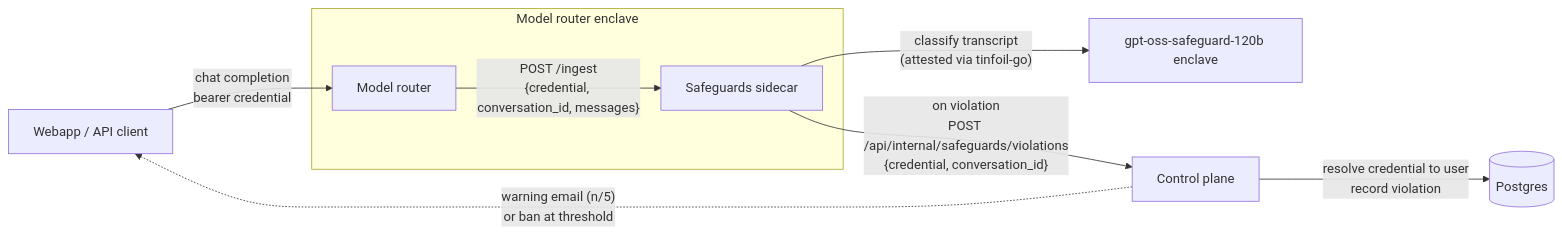
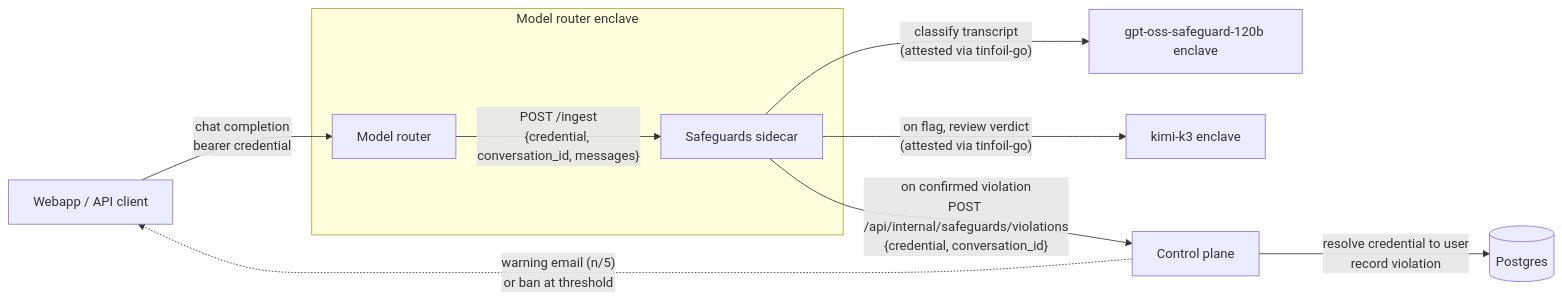
One commit to tinfoilsh/confidential-safeguards changed the diagram in README.md. Above: the diagram before and after it, drawn with Mermaid. The commit also changed other lines of this file and 9 other files, not shown here.

First line of the commit message:
Add kimi-k3 second-pass review of classifier flags (#5)

````diff
--- a/README.md
+++ b/README.md
@@ -14,20 +14,22 @@
 ```mermaid
 flowchart LR
     Webapp["Webapp / API client"]
 
     subgraph RouterEnclave["Model router enclave"]
         Router["Model router"]
         Sidecar["Safeguards sidecar"]
     end
 
     Guard["gpt-oss-safeguard-120b enclave"]
+    Reviewer["kimi-k3 enclave"]
     ControlPlane["Control plane"]
     DB[("Postgres")]
 
     Webapp -->|"chat completion<br/>bearer credential"| Router
     Router -->|"POST /ingest<br/>{credential, conversation_id, messages}"| Sidecar
     Sidecar -->|"classify transcript<br/>(attested via tinfoil-go)"| Guard
-    Sidecar -->|"on violation<br/>POST /api/internal/safeguards/violations<br/>{credential, conversation_id}"| ControlPlane
+    Sidecar -->|"on flag, review verdict<br/>(attested via tinfoil-go)"| Reviewer
+    Sidecar -->|"on confirmed violation<br/>POST /api/internal/safeguards/violations<br/>{credential, conversation_id}"| ControlPlane
     ControlPlane -->|"resolve credential to user<br/>record violation"| DB
     ControlPlane -.->|"warning email (n/5)<br/>or ban at threshold"| Webapp
 ```
````
